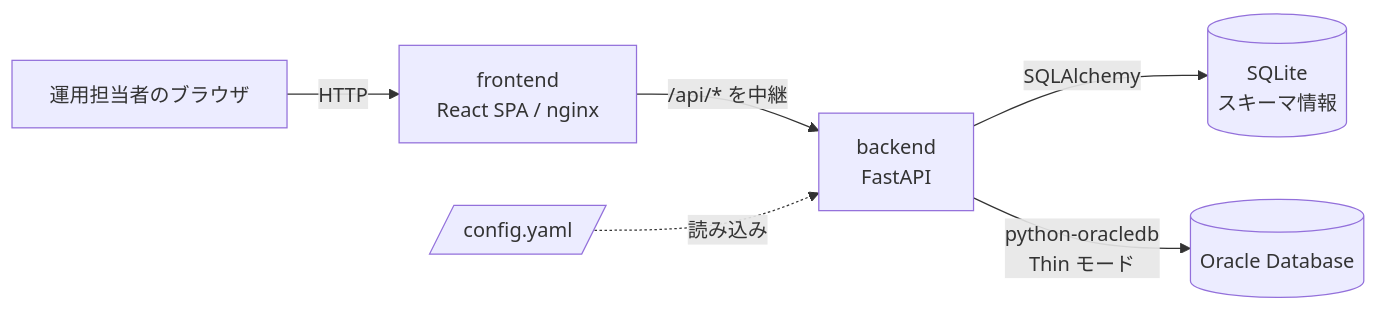
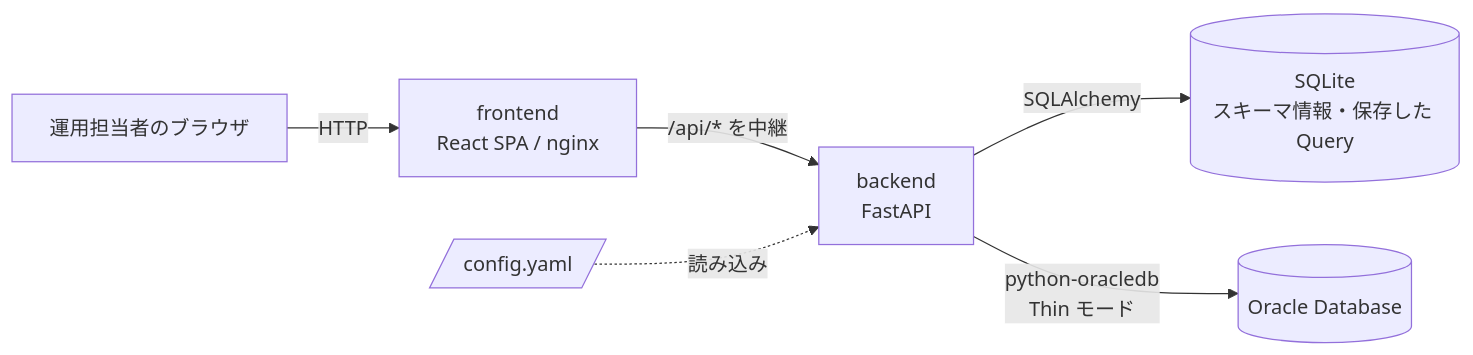
The first of 2 diagrams in docs/P001-requirement.md (kagyuu/DbFAQ), drawn with Mermaid before and after one commit. The commit also changed other lines of this file and 88 other files, not shown here.

````diff
--- a/docs/P001-requirement.md
+++ b/docs/P001-requirement.md
@@ -38,8 +39,8 @@
 ```mermaid
 flowchart LR
   U[運用担当者のブラウザ] -->|HTTP| FE[frontend<br/>React SPA / nginx]
   FE -->|/api/* を中継| BE[backend<br/>FastAPI]
-  BE -->|SQLAlchemy| DB[(SQLite<br/>スキーマ情報)]
+  BE -->|SQLAlchemy| DB[(SQLite<br/>スキーマ情報・保存した Query)]
   BE -->|python-oracledb<br/>Thin モード| ORA[(Oracle Database)]
   CFG[/config.yaml/] -.読み込み.-> BE
 ```
````
